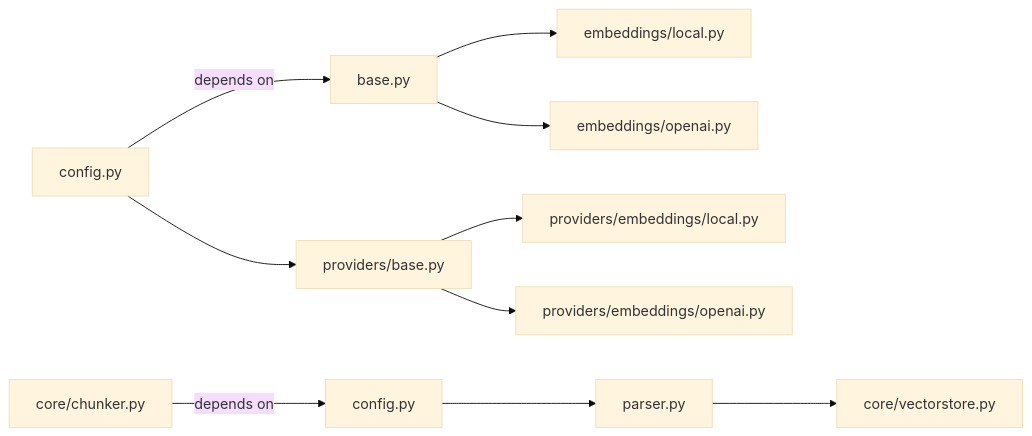
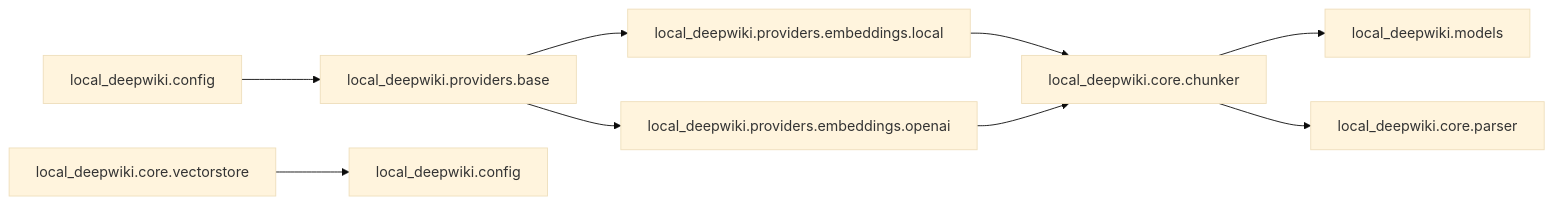
Before and after one commit to UrbanDiver/local-deepwiki-mcp: the diagram in .deepwiki/dependencies.md, drawn with Mermaid (base theme). The commit also changed other lines of this file and 6 other files, not shown here.

````diff
--- a/.deepwiki/dependencies.md
+++ b/.deepwiki/dependencies.md
@@ -28,12 +17,11 @@
 ```mermaid
-graph LR;
-    A[config.py] -->|depends on| B[base.py];
-    B --> C[embeddings/local.py];
-    B --> D[embeddings/openai.py];
-    A --> E[providers/base.py];
-    E --> F[providers/embeddings/local.py];
-    E --> G[providers/embeddings/openai.py];
-    H[core/chunker.py] -->|depends on| I[config.py];
-    I --> J[parser.py];
-    J --> K[core/vectorstore.py];
+graph LR
+    A[local_deepwiki.config] --> B[local_deepwiki.providers.base]
+    B --> C[local_deepwiki.providers.embeddings.local]
+    B --> D[local_deepwiki.providers.embeddings.openai]
+    C --> E[local_deepwiki.core.chunker]
+    D --> E
+    E --> F[local_deepwiki.models]
+    E --> G[local_deepwiki.core.parser]
+    H[local_deepwiki.core.vectorstore] --> I[local_deepwiki.config]
 ```
````
